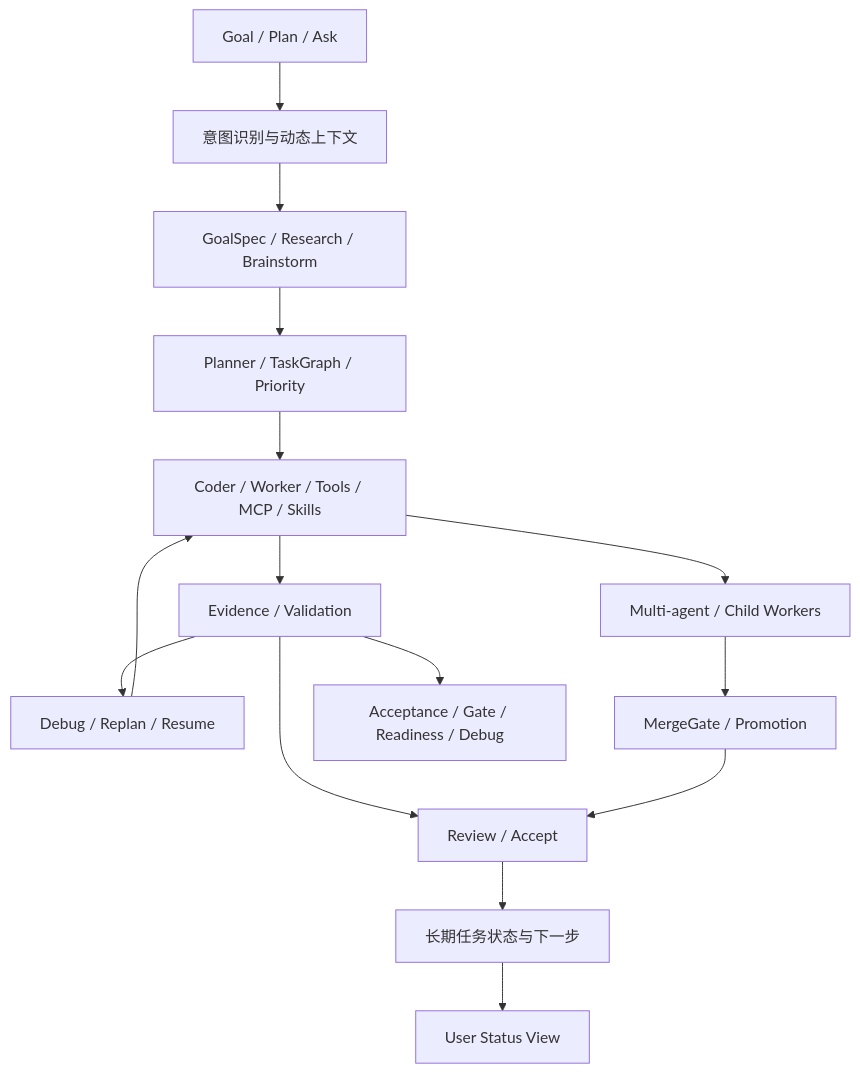
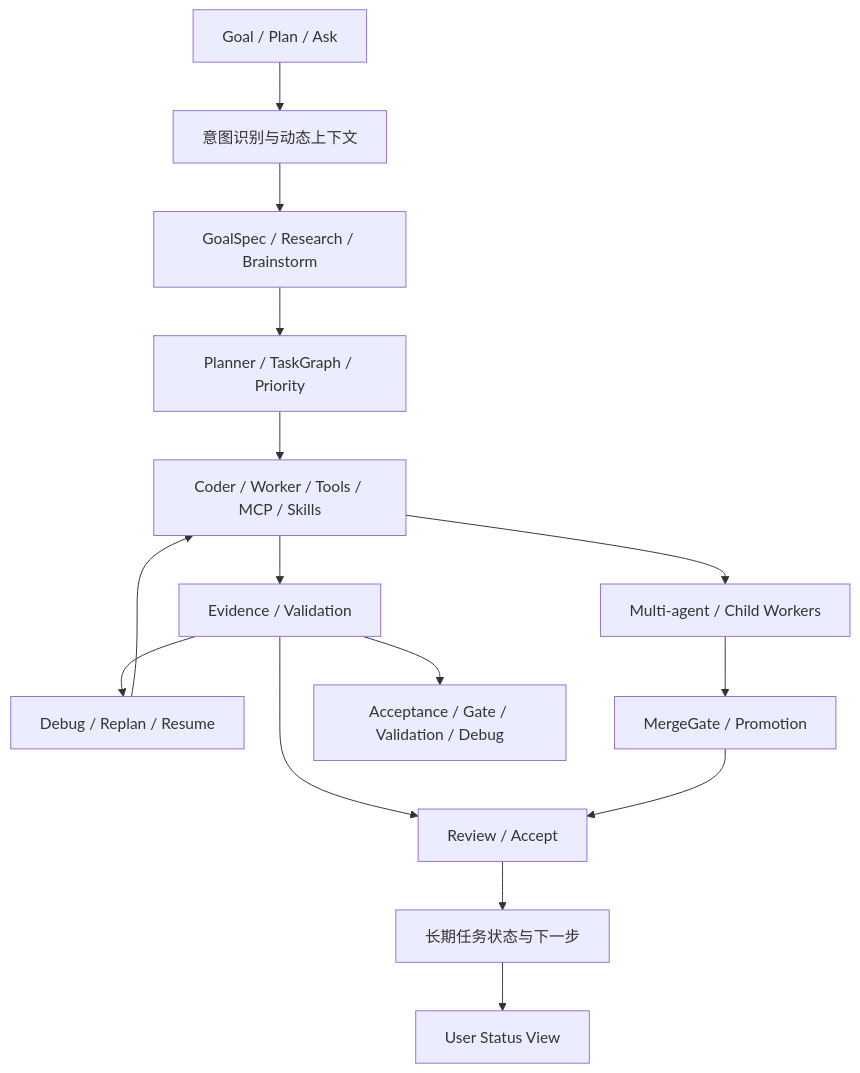
Before and after one commit to z243802480/mult_agent_code: the second of 4 diagrams in docs/zh/大模型循环与动态上下文设计.md, drawn with Mermaid. The commit also changed other lines of this file and 85 other files, not shown here.

````diff
--- a/docs/zh/大模型循环与动态上下文设计.md
+++ b/docs/zh/大模型循环与动态上下文设计.md
@@ -149,19 +149,19 @@
 ```mermaid
 flowchart TD
     UI["Goal / Plan / Ask"] --> Intent["意图识别与动态上下文"]
     Intent --> Spec["GoalSpec / Research / Brainstorm"]
     Spec --> Plan["Planner / TaskGraph / Priority"]
     Plan --> Exec["Coder / Worker / Tools / MCP / Skills"]
     Exec --> Evidence["Evidence / Validation"]
     Evidence --> Review["Review / Accept"]
     Evidence --> Repair["Debug / Replan / Resume"]
     Repair --> Exec
     Review --> Memory["长期任务状态与下一步"]
 
     Exec --> Multi["Multi-agent / Child Workers"]
     Multi --> Merge["MergeGate / Promotion"]
     Merge --> Review
 
     Memory --> Status["User Status View"]
-    Evidence --> Ops["Acceptance / Gate / Readiness / Debug"]
+    Evidence --> Ops["Acceptance / Gate / Validation / Debug"]
 ```
````
